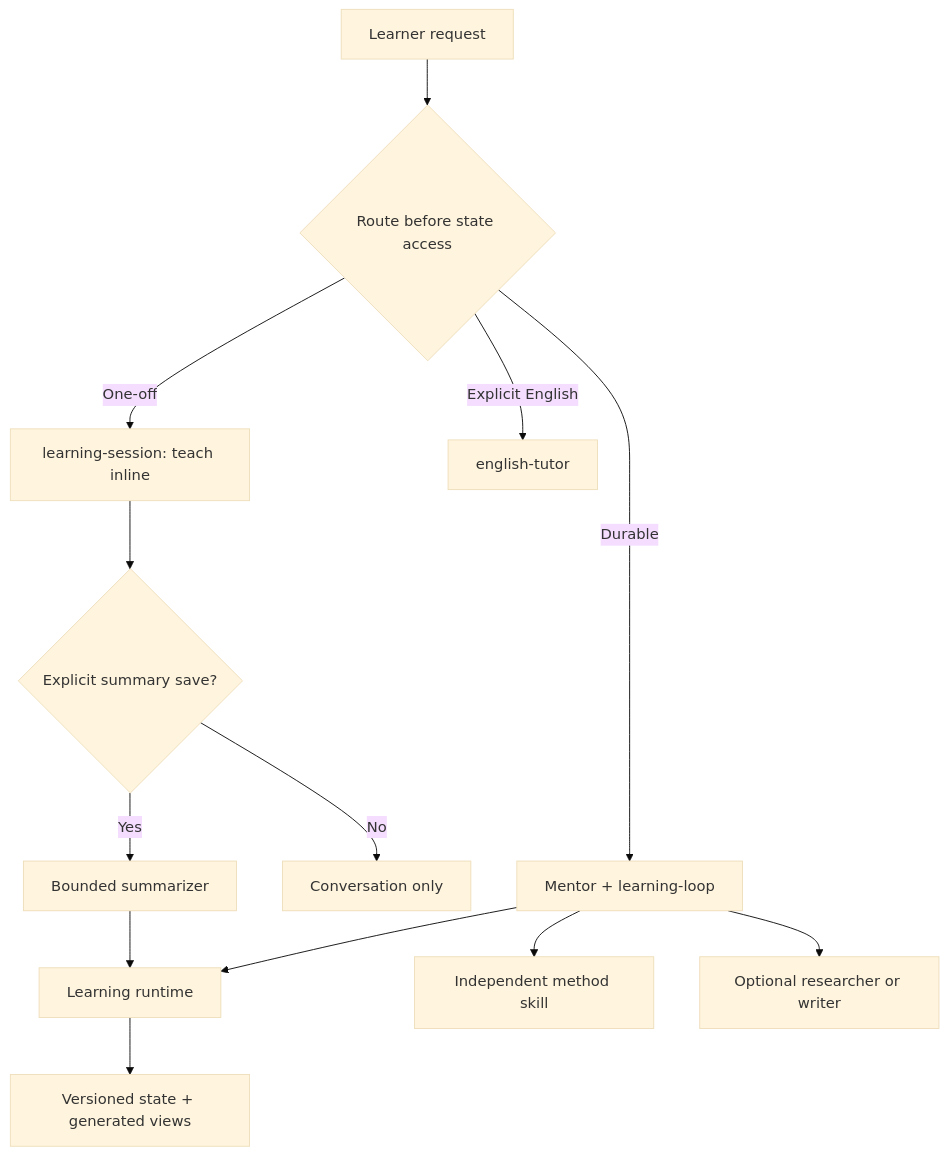
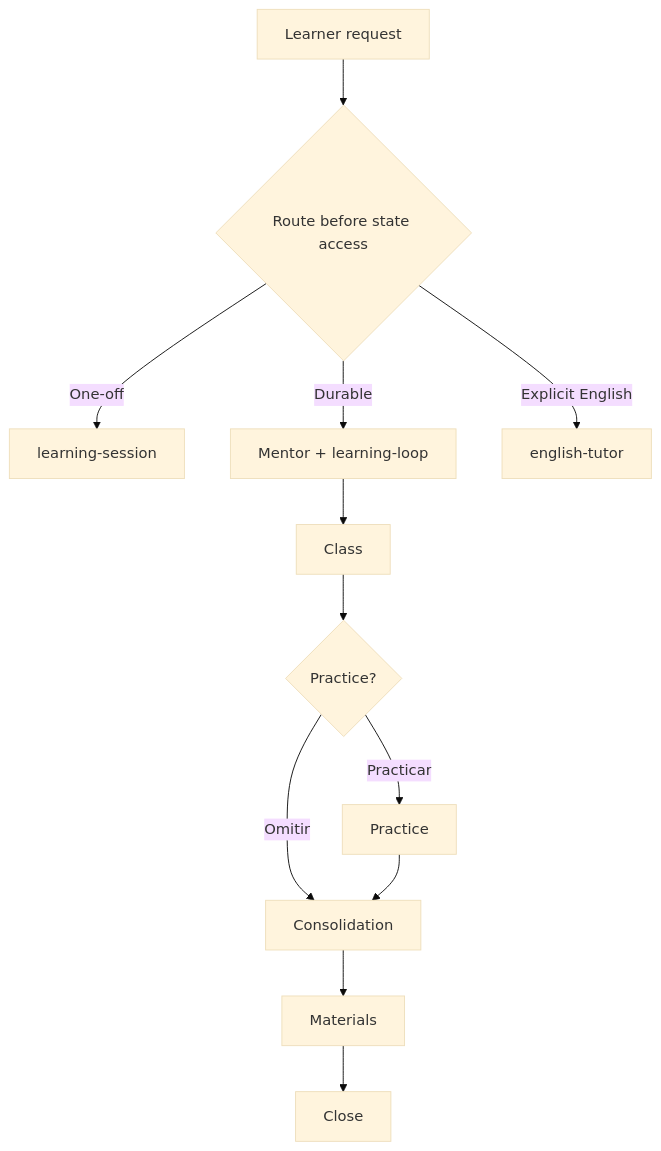
The diagram in domains/learning/README.md (andresnator/agents-orchestrator), drawn with Mermaid (base theme) before and after one commit. The commit also changed other lines of this file and 25 other files, not shown here.

````diff
--- a/domains/learning/README.md
+++ b/domains/learning/README.md
@@ -25,15 +22,11 @@
 ```mermaid
 flowchart TD
     U["Learner request"] --> R{"Route before state access"}
-    R -->|"One-off"| S["learning-session: teach inline"]
+    R -->|"One-off"| S["learning-session"]
     R -->|"Durable"| M["Mentor + learning-loop"]
     R -->|"Explicit English"| E["english-tutor"]
-    S --> Q{"Explicit summary save?"}
-    Q -->|"No"| C["Conversation only"]
-    Q -->|"Yes"| SUM["Bounded summarizer"]
-    SUM --> RT["Learning runtime"]
-    M --> K["Independent method skill"]
-    M --> W["Optional researcher or writer"]
-    M --> RT
-    RT --> ST["Versioned state + generated views"]
+    M --> C["Class"] --> P{"Practice?"}
+    P -->|"Practicar"| A["Practice"]
+    P -->|"Omitir"| K["Consolidation"]
+    A --> K --> W["Materials"] --> X["Close"]
 ```
````
